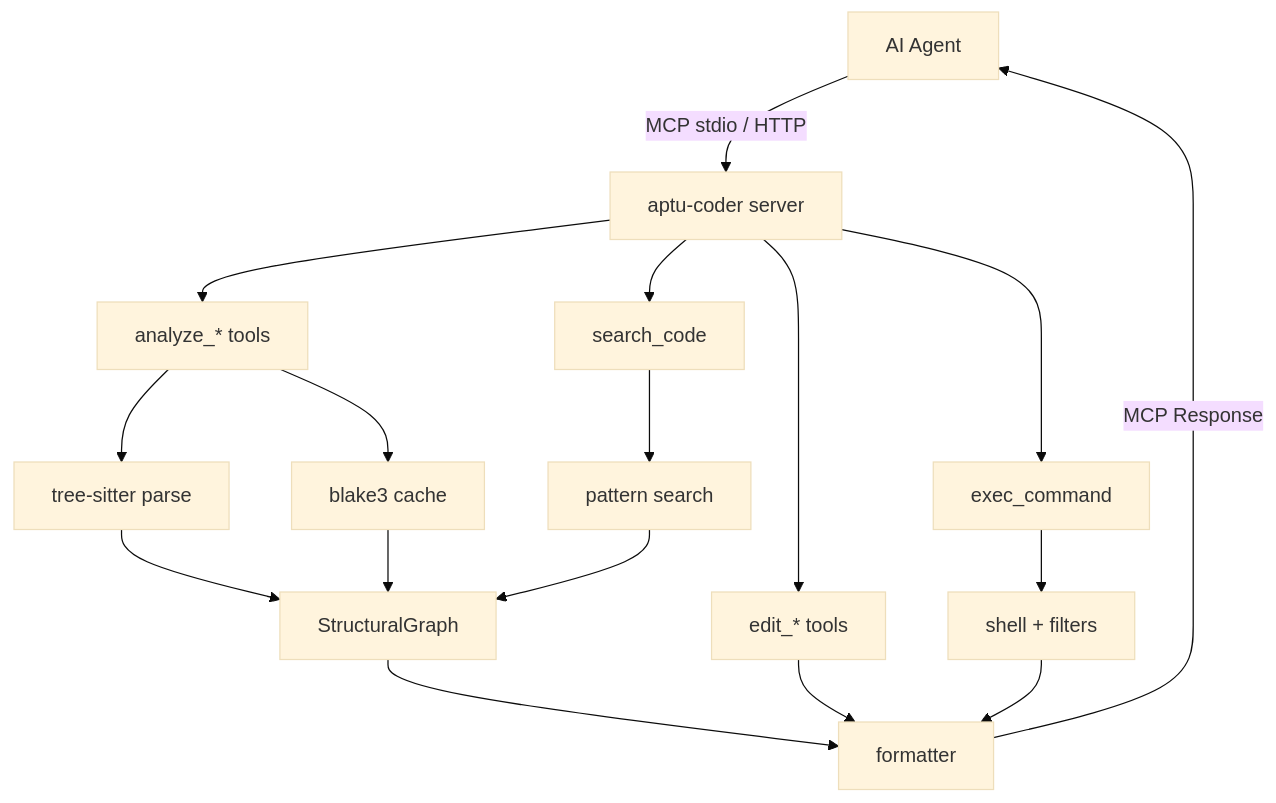
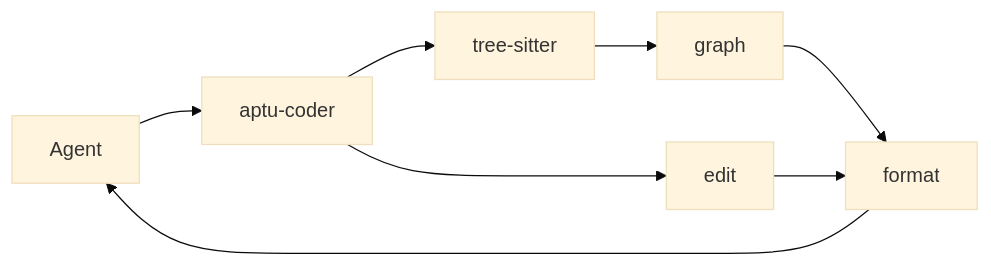
The diagram in docs/diagrams/architecture.mmd (clouatre-labs/aptu-coder), drawn with Mermaid (base theme) before and after one commit. The commit also changed 2 other files, not shown here.

Commit message:
docs(readme): drop workflow badges, simplify diagram (#1838)

```diff
--- a/docs/diagrams/architecture.mmd
+++ b/docs/diagrams/architecture.mmd
@@ -1,17 +1,8 @@
-graph TD
-    A[AI Agent] -->|"MCP stdio / HTTP"| S[aptu-coder server]
-    S --> T1["analyze_* tools"]
-    S --> T2[search_code]
-    S --> T3["edit_* tools"]
-    S --> T4[exec_command]
-    T1 --> P["tree-sitter parse"]
-    T1 --> C[blake3 cache]
-    T2 --> PS[pattern search]
-    T4 --> E[shell + filters]
-    P --> G[StructuralGraph]
-    C --> G
-    PS --> G
-    G --> F[formatter]
-    T3 --> F
+graph LR
+    A[Agent] --> S[aptu-coder]
+    S --> P[tree-sitter]
+    S --> E[edit]
+    P --> G[graph]
+    G --> F[format]
     E --> F
-    F -->|"MCP Response"| A
+    F --> A
```
